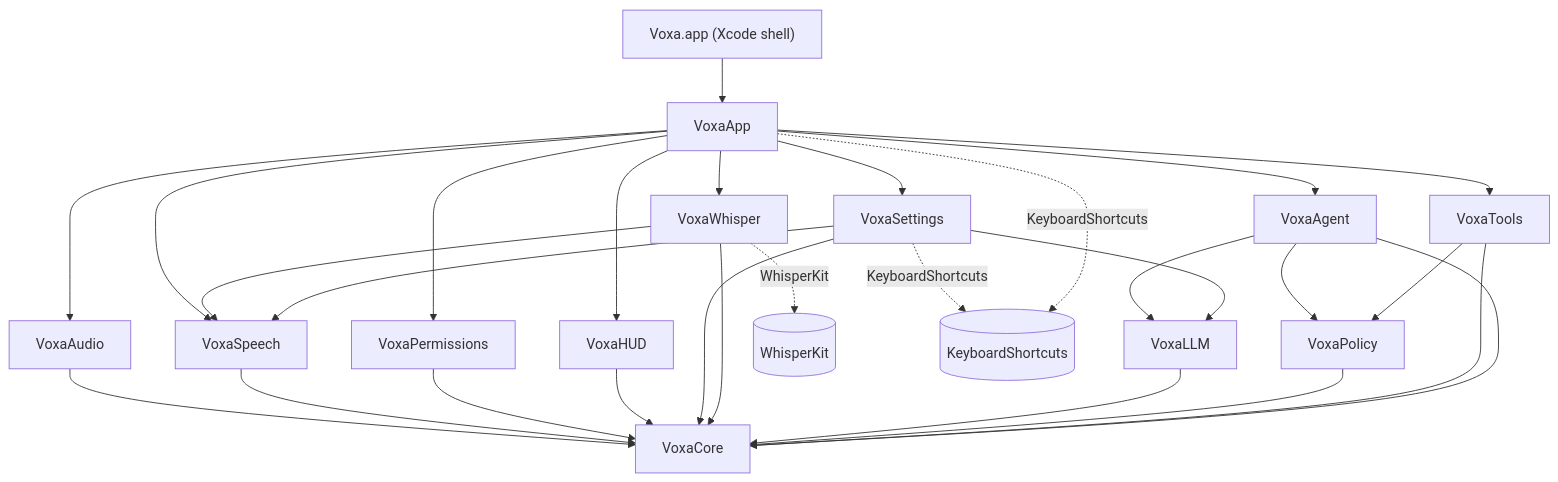
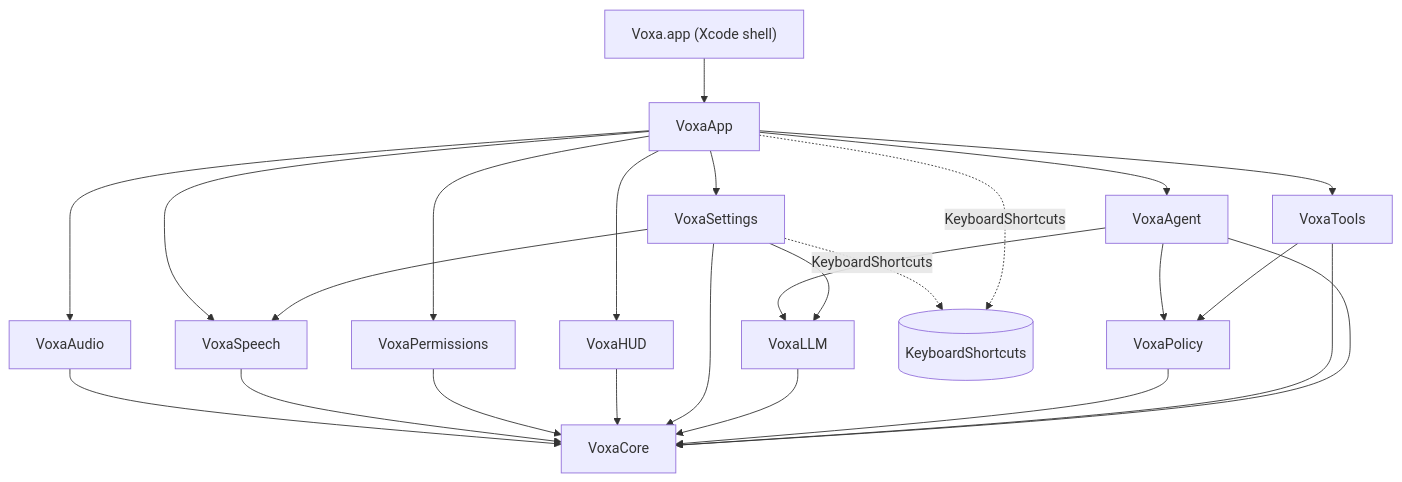
One commit to connectstack/voxa changed the diagram in docs/DESIGN.md. Above: the diagram before and after it, drawn with Mermaid. The commit also changed other lines of this file and 78 other files, not shown here.

````diff
--- a/docs/DESIGN.md
+++ b/docs/DESIGN.md
@@ -55,31 +61,27 @@
 ```mermaid
 graph TD
     Shell["Voxa.app (Xcode shell)"] --> App[VoxaApp]
     App --> Audio[VoxaAudio]
     App --> Speech[VoxaSpeech]
     App --> Perms[VoxaPermissions]
     App --> HUD[VoxaHUD]
     App --> Settings[VoxaSettings]
     App --> Agent[VoxaAgent]
     App --> Tools[VoxaTools]
     Agent --> LLM[VoxaLLM]
     Agent --> Policy[VoxaPolicy]
     Tools --> Policy
     Audio --> Core[VoxaCore]
     Speech --> Core
     Perms --> Core
     HUD --> Core
     Settings --> Core
-    App --> Whisper[VoxaWhisper]
-    Whisper --> Speech
-    Whisper --> Core
-    Whisper -. WhisperKit .-> WK[(WhisperKit)]
     Settings --> Speech
     Settings --> LLM
     LLM --> Core
     Policy --> Core
     Tools --> Core
     Agent --> Core
     Settings -. KeyboardShortcuts .-> KS[(KeyboardShortcuts)]
     App -. KeyboardShortcuts .-> KS
 ```
````
